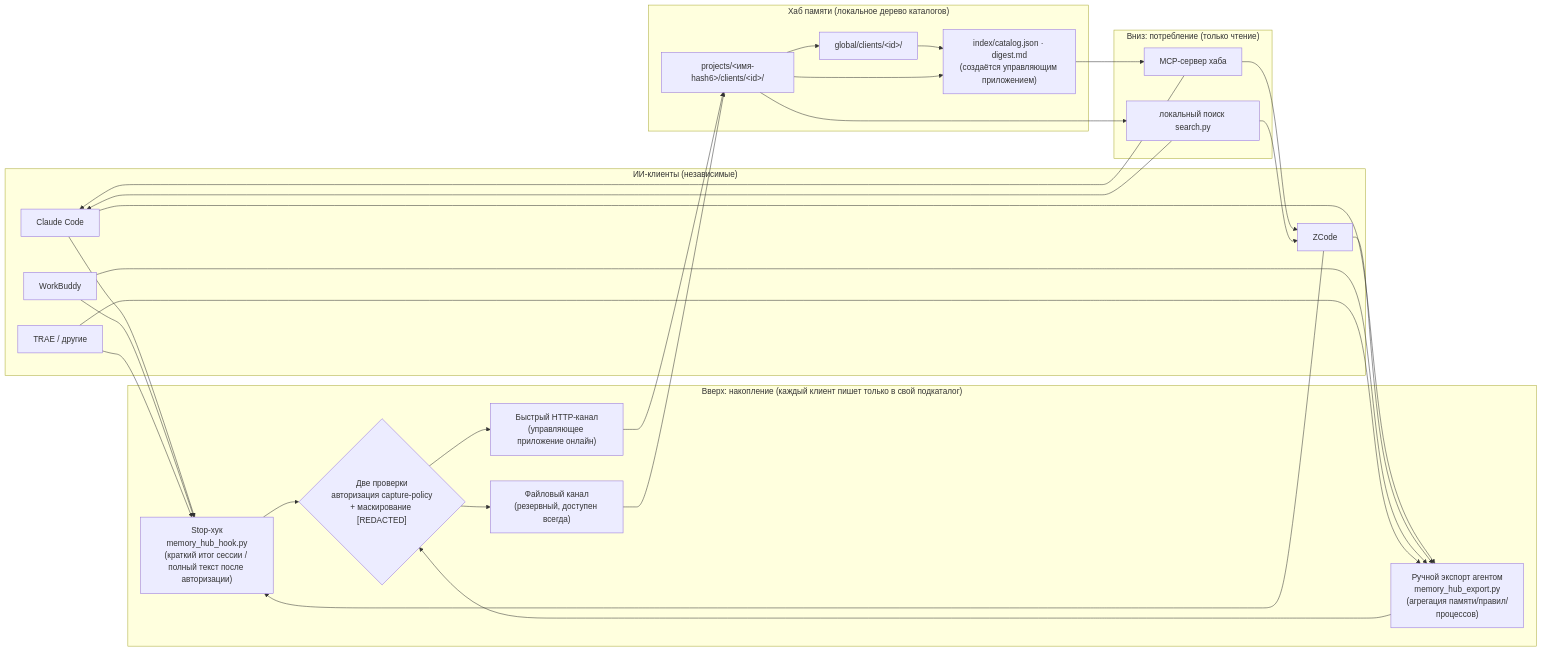
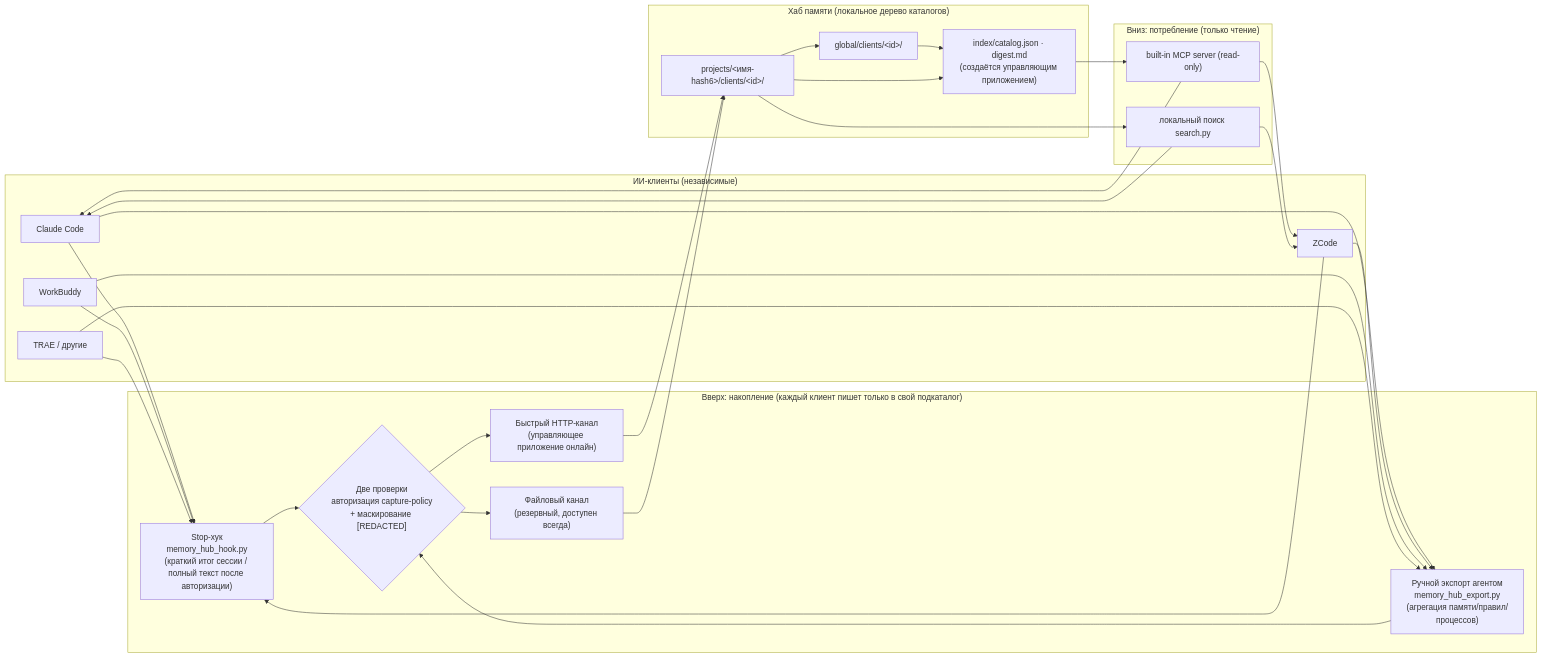
One commit to KKDestiny/memory-hub-plugin changed the first of 2 diagrams in README.ru.md. Above: the diagram before and after it, drawn with Mermaid. The commit also changed other lines of this file and 10 other files, not shown here.

````diff
--- a/README.ru.md
+++ b/README.ru.md
@@ -39,41 +44,41 @@
 ```mermaid
 flowchart LR
     subgraph clients["ИИ-клиенты (независимые)"]
         CC["Claude Code"]
         ZC["ZCode"]
         WB["WorkBuddy"]
         TR["TRAE / другие"]
     end
 
     subgraph up["Вверх: накопление (каждый клиент пишет только в свой подкаталог)"]
         hook["Stop-хук<br/>memory_hub_hook.py<br/>(краткий итог сессии / полный текст после авторизации)"]
         agent["Ручной экспорт агентом<br/>memory_hub_export.py<br/>(агрегация памяти/правил/процессов)"]
         gate{"Две проверки<br/>авторизация capture-policy<br/>+ маскирование [REDACTED]"}
         http["Быстрый HTTP-канал<br/>(управляющее приложение онлайн)"]
         file["Файловый канал<br/>(резервный, доступен всегда)"]
     end
 
     subgraph hub["Хаб памяти (локальное дерево каталогов)"]
         proj["projects/&lt;имя-hash6&gt;/clients/&lt;id&gt;/"]
         glob["global/clients/&lt;id&gt;/"]
         index["index/catalog.json · digest.md<br/>(создаётся управляющим приложением)"]
     end
 
     subgraph down["Вниз: потребление (только чтение)"]
-        mcp["MCP-сервер хаба"]
+        mcp["built-in MCP server (read-only)"]
         search["локальный поиск search.py"]
     end
 
     CC & ZC & WB & TR --> hook
     CC & ZC & WB & TR --> agent
     hook --> gate
     agent --> gate
     gate --> http --> proj
     gate --> file --> proj
     proj --> glob --> index
     proj --> index
     index --> mcp
     proj --> search
     mcp & search --> ZC
     mcp & search --> CC
 ```
````
